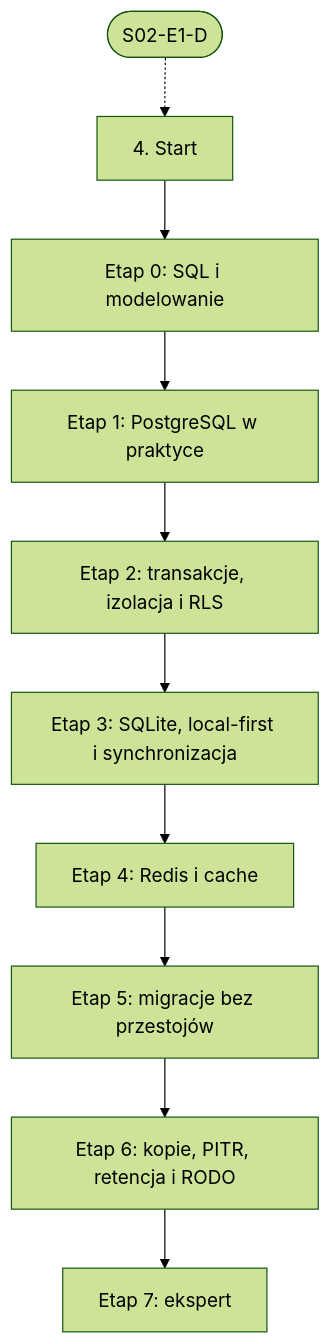
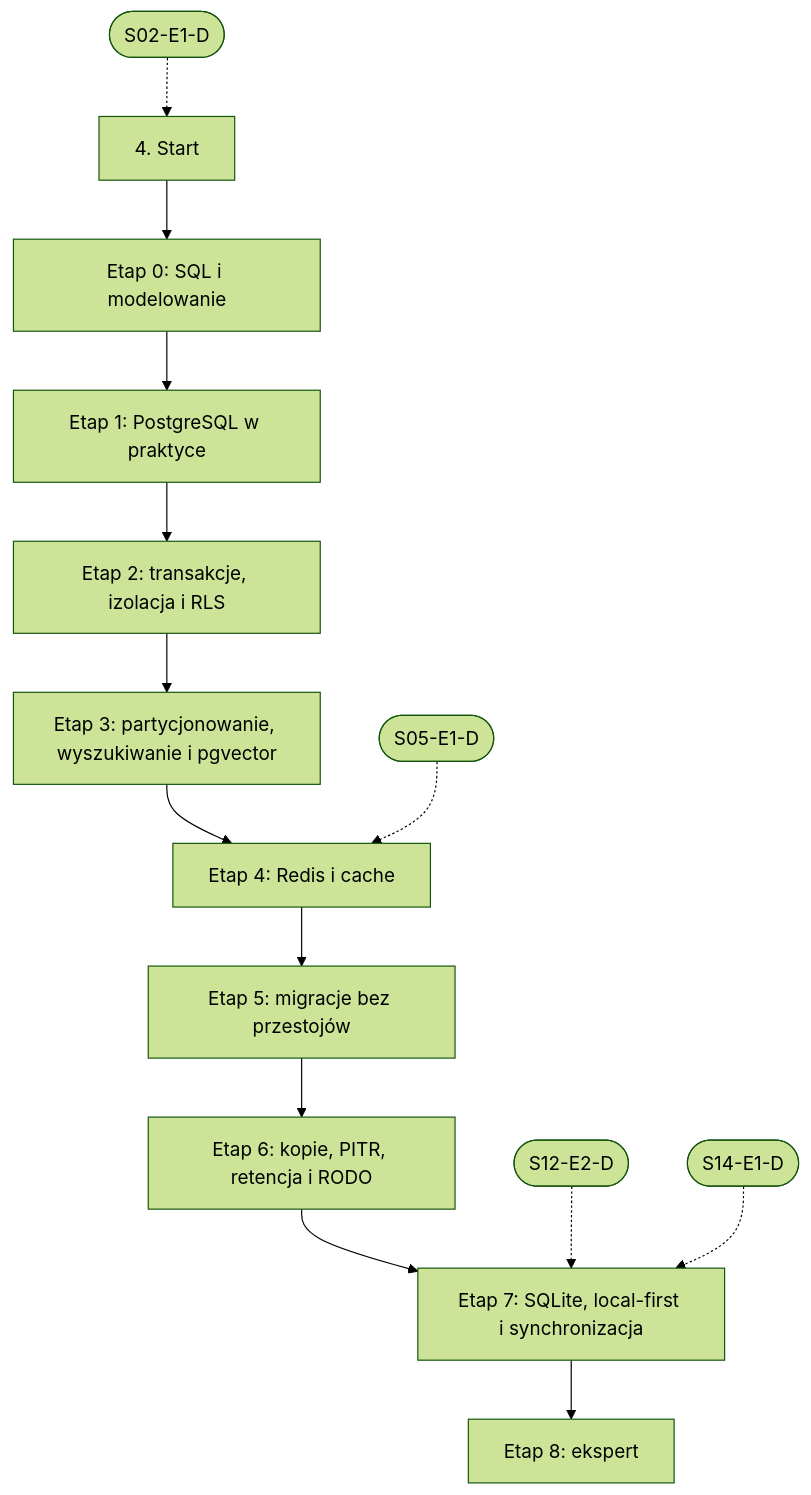
The diagram in linear/04-bazy-danych-i-dane.md (danjarosz/software-development-learning-path), drawn with Mermaid (forest theme) before and after one commit. The commit also changed other lines of this file and 65 other files, not shown here.

First line of the commit message:
feat: popraw ścieżki nauki po przeglądzie i dodaj NestJS, FastAPI i GraphQL

````diff
--- a/linear/04-bazy-danych-i-dane.md
+++ b/linear/04-bazy-danych-i-dane.md
@@ -87,21 +84,26 @@
 ```mermaid
 flowchart TD
   START["4. Start"]
   E0["Etap 0: SQL i modelowanie"]
   E1["Etap 1: PostgreSQL w praktyce"]
   E2["Etap 2: transakcje, izolacja i RLS"]
-  E3["Etap 3: SQLite, local-first i synchronizacja"]
+  E3["Etap 3: partycjonowanie, wyszukiwanie i pgvector"]
   E4["Etap 4: Redis i cache"]
   E5["Etap 5: migracje bez przestojów"]
   E6["Etap 6: kopie, PITR, retencja i RODO"]
-  E7["Etap 7: ekspert"]
+  E7["Etap 7: SQLite, local-first i synchronizacja"]
+  E8["Etap 8: ekspert"]
   START --> E0
   E0 --> E1
   E1 --> E2
   E2 --> E3
   E3 --> E4
+  XS05E1D(["S05-E1-D"]) -.-> E4
   E4 --> E5
   E5 --> E6
   E6 --> E7
+  XS12E2D(["S12-E2-D"]) -.-> E7
+  XS14E1D(["S14-E1-D"]) -.-> E7
+  E7 --> E8
   XS02E1D(["S02-E1-D"]) -.-> START
 ```
````
